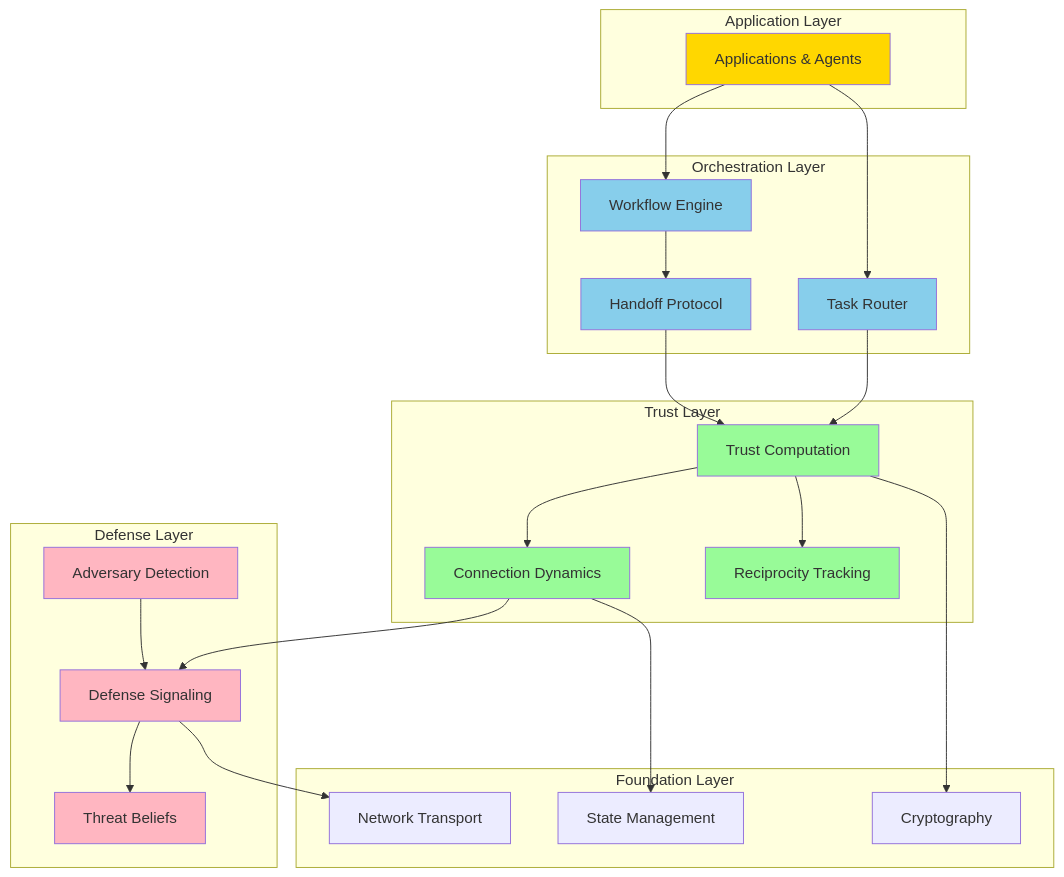
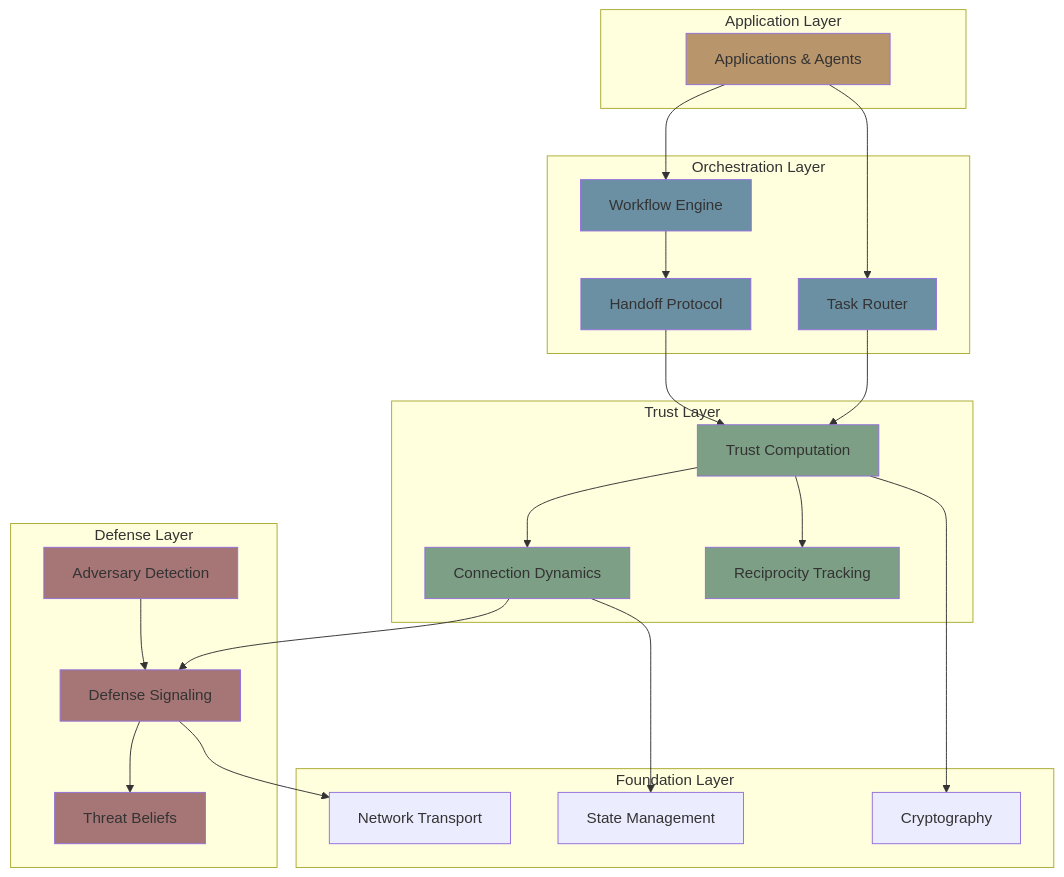
The second of 11 diagrams in docs/architecture/overview.md (ScopeCreep-zip/Symbiont), drawn with Mermaid before and after one commit. The commit also changed other lines of this file and 17 other files, not shown here.

Commit message:
update to diagram colors

````diff
--- a/docs/architecture/overview.md
+++ b/docs/architecture/overview.md
@@ -87,55 +87,55 @@
 ```mermaid
 graph TB
     subgraph "Application Layer"
         APP[Applications & Agents]
     end
 
     subgraph "Orchestration Layer"
         WF[Workflow Engine]
         RT[Task Router]
         HO[Handoff Protocol]
     end
 
     subgraph "Trust Layer"
         TC[Trust Computation]
         CD[Connection Dynamics]
         RR[Reciprocity Tracking]
     end
 
     subgraph "Defense Layer"
         DS[Defense Signaling]
         AD[Adversary Detection]
         TB[Threat Beliefs]
     end
 
     subgraph "Foundation Layer"
         CR[Cryptography]
         ST[State Management]
         NT[Network Transport]
     end
 
     APP --> WF
     APP --> RT
     WF --> HO
     RT --> TC
     HO --> TC
     TC --> CD
     TC --> RR
     CD --> DS
     AD --> DS
     DS --> TB
     TC --> CR
     CD --> ST
     DS --> NT
 
-    style APP fill:#FFD700
-    style WF fill:#87CEEB
-    style RT fill:#87CEEB
-    style HO fill:#87CEEB
-    style TC fill:#98FB98
-    style CD fill:#98FB98
-    style RR fill:#98FB98
-    style DS fill:#FFB6C1
-    style AD fill:#FFB6C1
-    style TB fill:#FFB6C1
+    style APP fill:#b8956b
+    style WF fill:#6b8fa3
+    style RT fill:#6b8fa3
+    style HO fill:#6b8fa3
+    style TC fill:#7d9f85
+    style CD fill:#7d9f85
+    style RR fill:#7d9f85
+    style DS fill:#a67676
+    style AD fill:#a67676
+    style TB fill:#a67676
 ```
````
